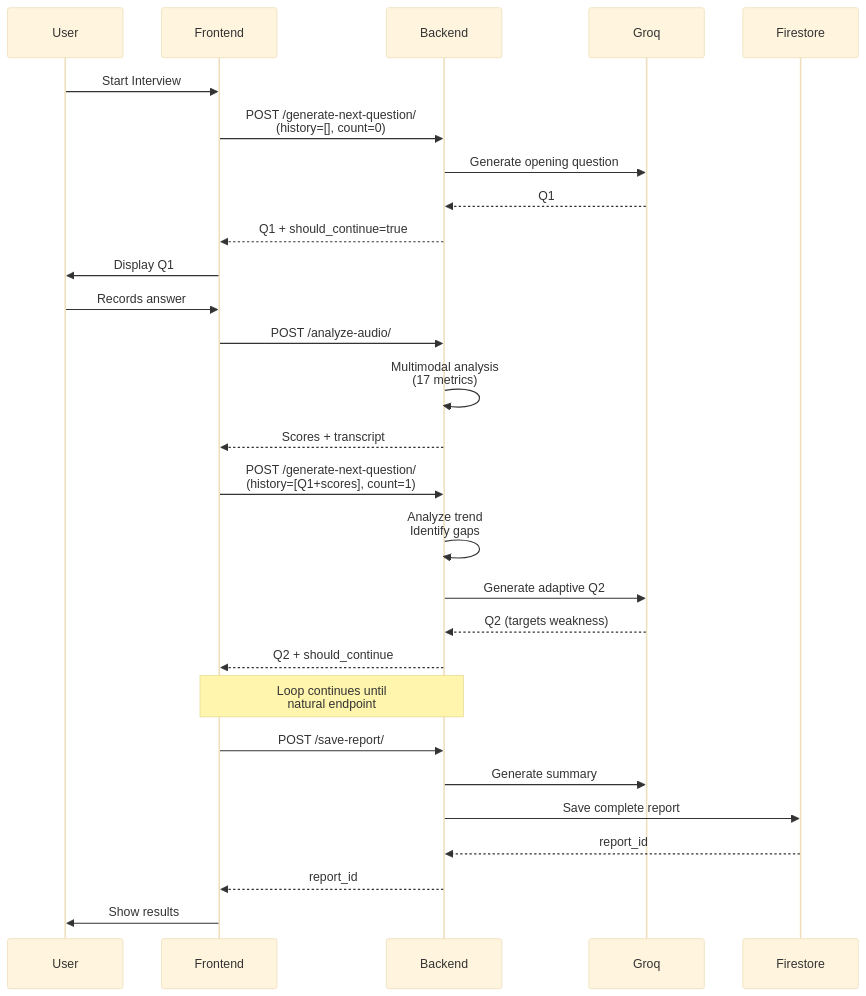
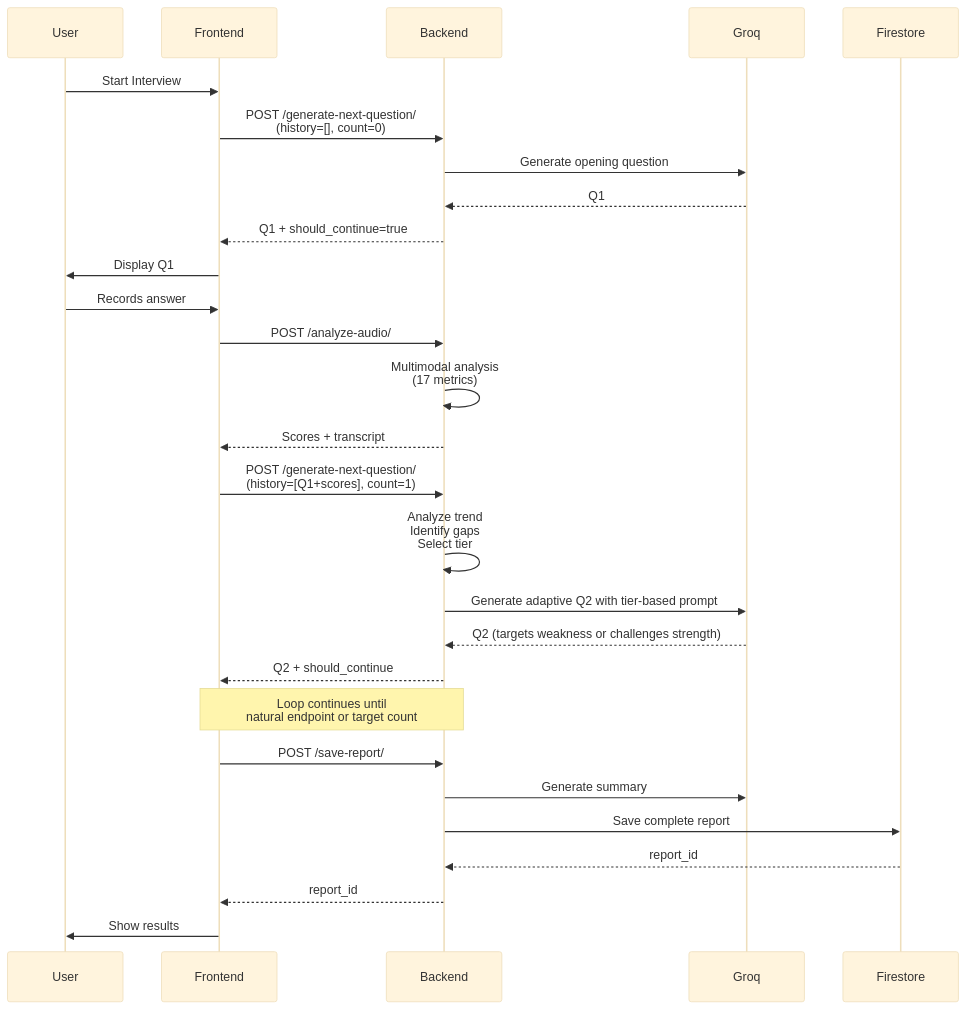
One commit to kaveenjay/IntWiz.3.0 changed the second of 2 diagrams in README.md. Above: the diagram before and after it, drawn with Mermaid (base theme). The commit also changed other lines of this file and 2 other files, not shown here.

````diff
--- a/README.md
+++ b/README.md
@@ -135,35 +148,35 @@
 ```mermaid
 sequenceDiagram
     participant User
     participant Frontend
     participant Backend
     participant Groq
     participant Firestore
-    
+
     User->>Frontend: Start Interview
     Frontend->>Backend: POST /generate-next-question/<br/>(history=[], count=0)
     Backend->>Groq: Generate opening question
     Groq-->>Backend: Q1
     Backend-->>Frontend: Q1 + should_continue=true
     Frontend->>User: Display Q1
-    
+
     User->>Frontend: Records answer
     Frontend->>Backend: POST /analyze-audio/
     Backend->>Backend: Multimodal analysis<br/>(17 metrics)
     Backend-->>Frontend: Scores + transcript
-    
+
     Frontend->>Backend: POST /generate-next-question/<br/>(history=[Q1+scores], count=1)
-    Backend->>Backend: Analyze trend<br/>Identify gaps
-    Backend->>Groq: Generate adaptive Q2
-    Groq-->>Backend: Q2 (targets weakness)
+    Backend->>Backend: Analyze trend<br/>Identify gaps<br/>Select tier
+    Backend->>Groq: Generate adaptive Q2 with tier-based prompt
+    Groq-->>Backend: Q2 (targets weakness or challenges strength)
     Backend-->>Frontend: Q2 + should_continue
     
-    Note over Frontend,Backend: Loop continues until<br/>natural endpoint
-    
+    Note over Frontend,Backend: Loop continues until<br/>natural endpoint or target count
+
     Frontend->>Backend: POST /save-report/
     Backend->>Groq: Generate summary
     Backend->>Firestore: Save complete report
     Firestore-->>Backend: report_id
     Backend-->>Frontend: report_id
     Frontend->>User: Show results
 ```
````
